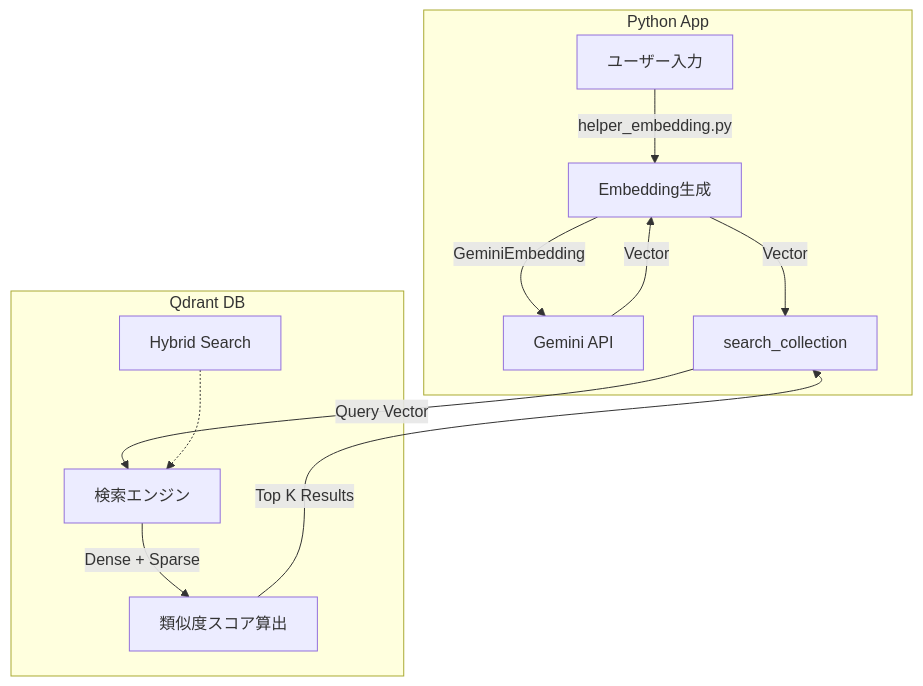
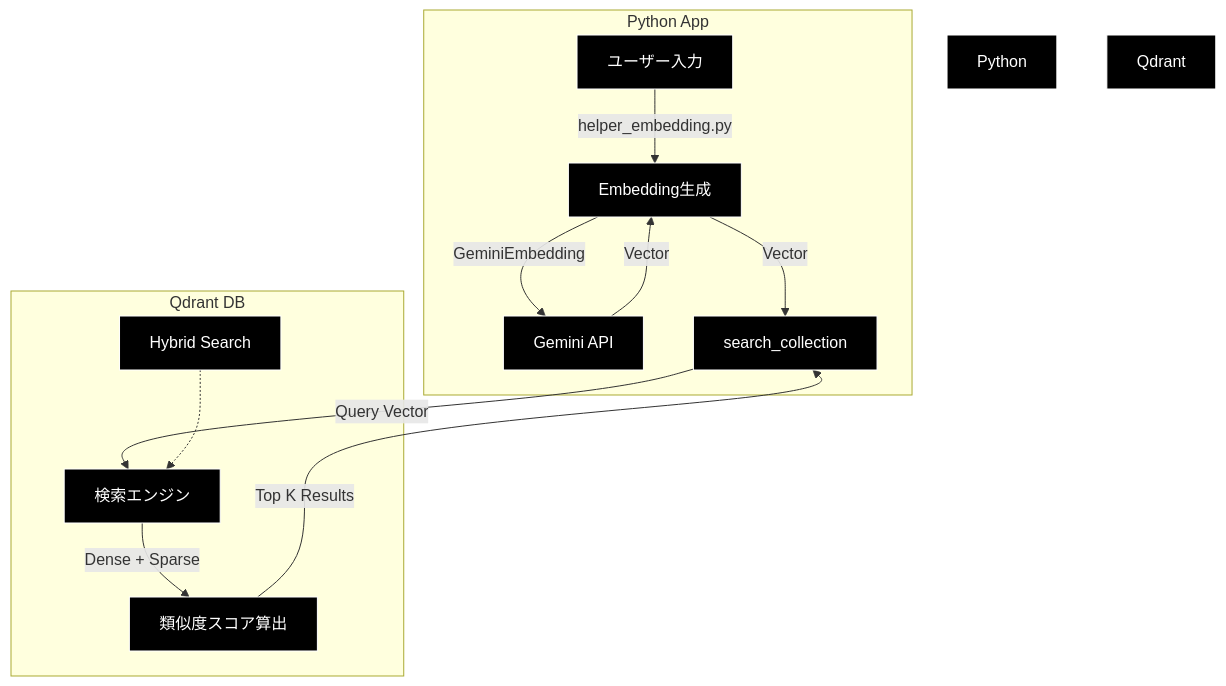
Before and after one commit to nakashima2toshio/anthropic_grace_agent: the eighth of 10 diagrams in readme_react_reflection.md, drawn with Mermaid. The commit also changed other lines of this file and 11 other files, not shown here.

````diff
--- a/readme_react_reflection.md
+++ b/readme_react_reflection.md
@@ -716,16 +750,21 @@
 ```mermaid
 graph TD
     subgraph Python App
         Query[ユーザー入力] --> |helper_embedding.py| Embed[Embedding生成]
         Embed --> |GeminiEmbedding| API[Gemini API]
         API --> |Vector| Embed
         Embed --> |Vector| Search[search_collection]
     end
 
     subgraph Qdrant DB
         Search --> |Query Vector| Engine[検索エンジン]
         Config[Hybrid Search] -.-> Engine
         Engine --> |Dense + Sparse| Score[類似度スコア算出]
         Score --> |Top K Results| Search
     end
+classDef default fill:#000,stroke:#fff,color:#fff
+classDef subgraphStyle fill:#1a1a1a,stroke:#fff,color:#fff
+class API,Config,Embed,Engine,Query,Results,Score,Search,Sparse,Vector default
+style Python App fill:#1a1a1a,stroke:#fff,color:#fff
+style Qdrant DB fill:#1a1a1a,stroke:#fff,color:#fff
 ```
````
